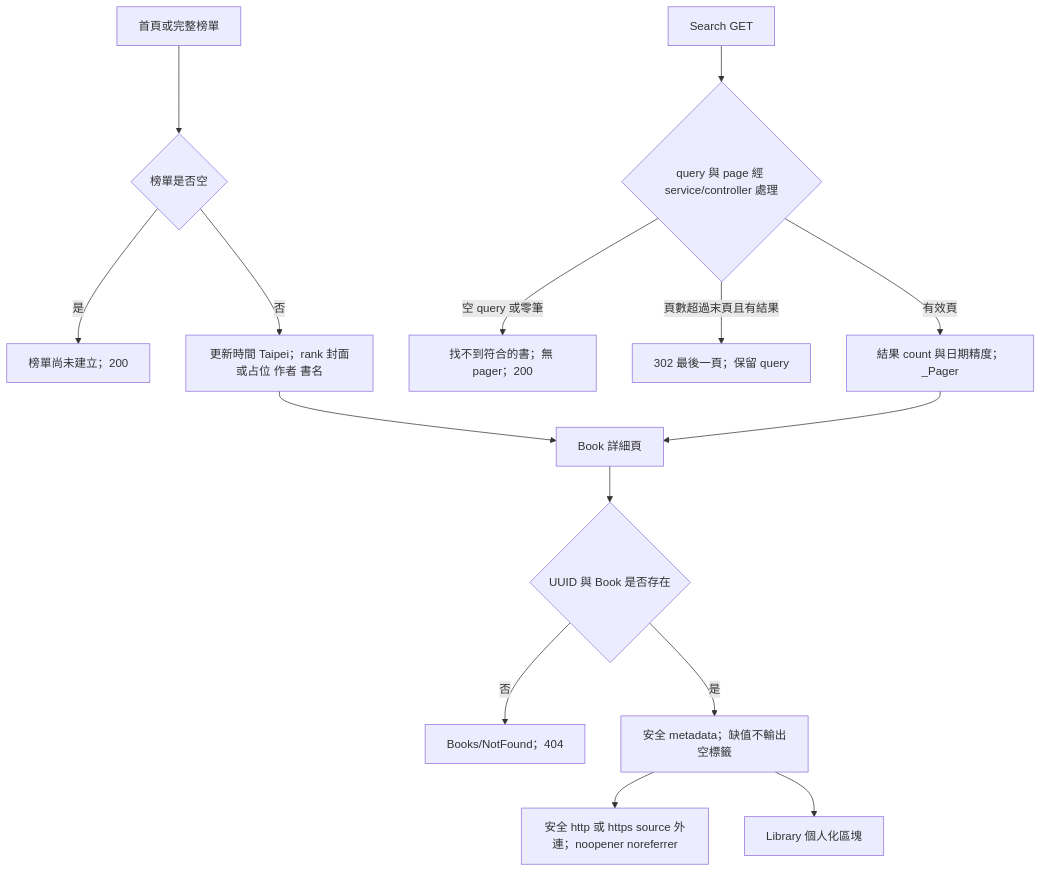
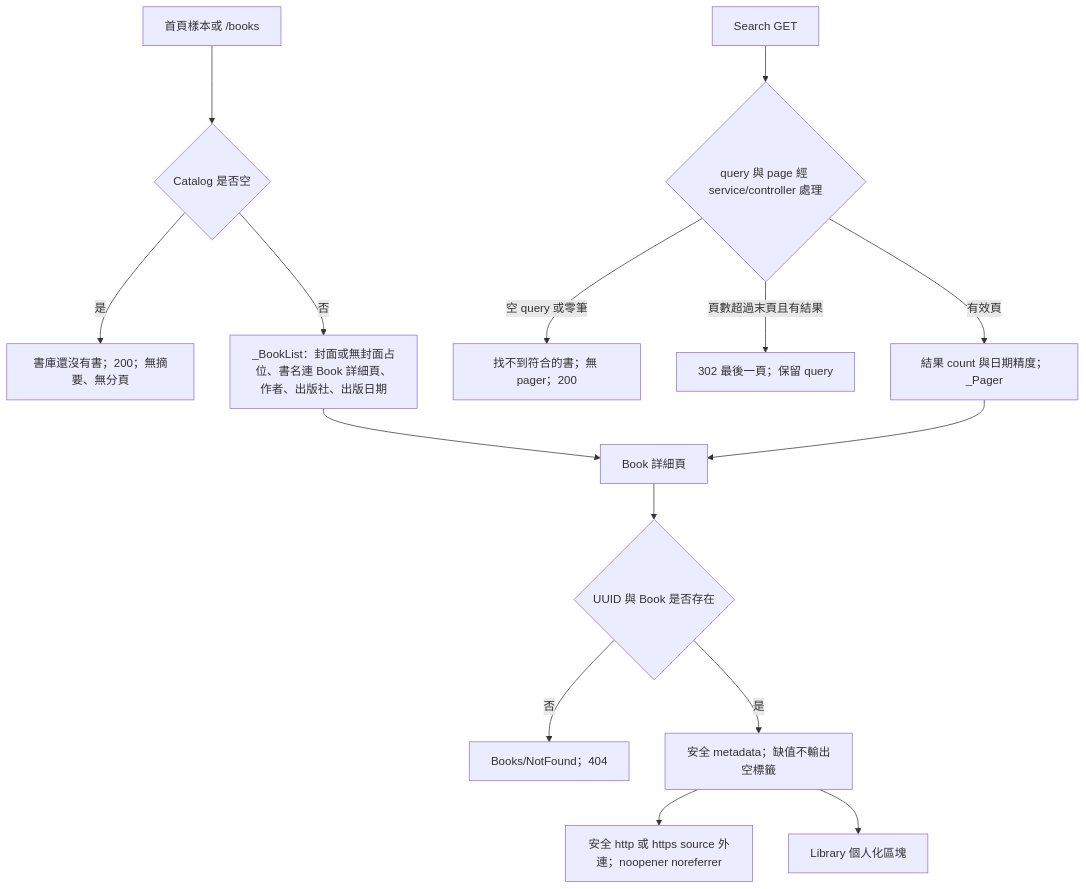
Before and after one commit to Arthur801/Book-Finder: the second of 4 diagrams in Views/docs/workflow-diagram.md, drawn with Mermaid. The commit also changed other lines of this file and 17 other files, not shown here.

````diff
--- a/Views/docs/workflow-diagram.md
+++ b/Views/docs/workflow-diagram.md
@@ -44,17 +45,17 @@
 ```mermaid
 flowchart TD
-    A[首頁或完整榜單] --> B{榜單是否空}
-    B -->|是| C[榜單尚未建立；200]
-    B -->|否| D[更新時間 Taipei；rank 封面或占位 作者 書名]
+    A[首頁樣本或 /books] --> B{Catalog 是否空}
+    B -->|是| C[書庫還沒有書；200；無摘要、無分頁]
+    B -->|否| D[_BookList：封面或無封面占位、書名連 Book 詳細頁、作者、出版社、出版日期]
     E[Search GET] --> F{query 與 page 經 service/controller 處理}
     F -->|空 query 或零筆| G[找不到符合的書；無 pager；200]
     F -->|頁數超過末頁且有結果| H[302 最後一頁；保留 query]
     F -->|有效頁| I[結果 count 與日期精度；_Pager]
     D --> J[Book 詳細頁]
     I --> J
     J --> K{UUID 與 Book 是否存在}
     K -->|否| L[Books/NotFound；404]
     K -->|是| M[安全 metadata；缺值不輸出空標籤]
     M --> N[安全 http 或 https source 外連；noopener noreferrer]
     M --> O[Library 個人化區塊]
 ```
````
